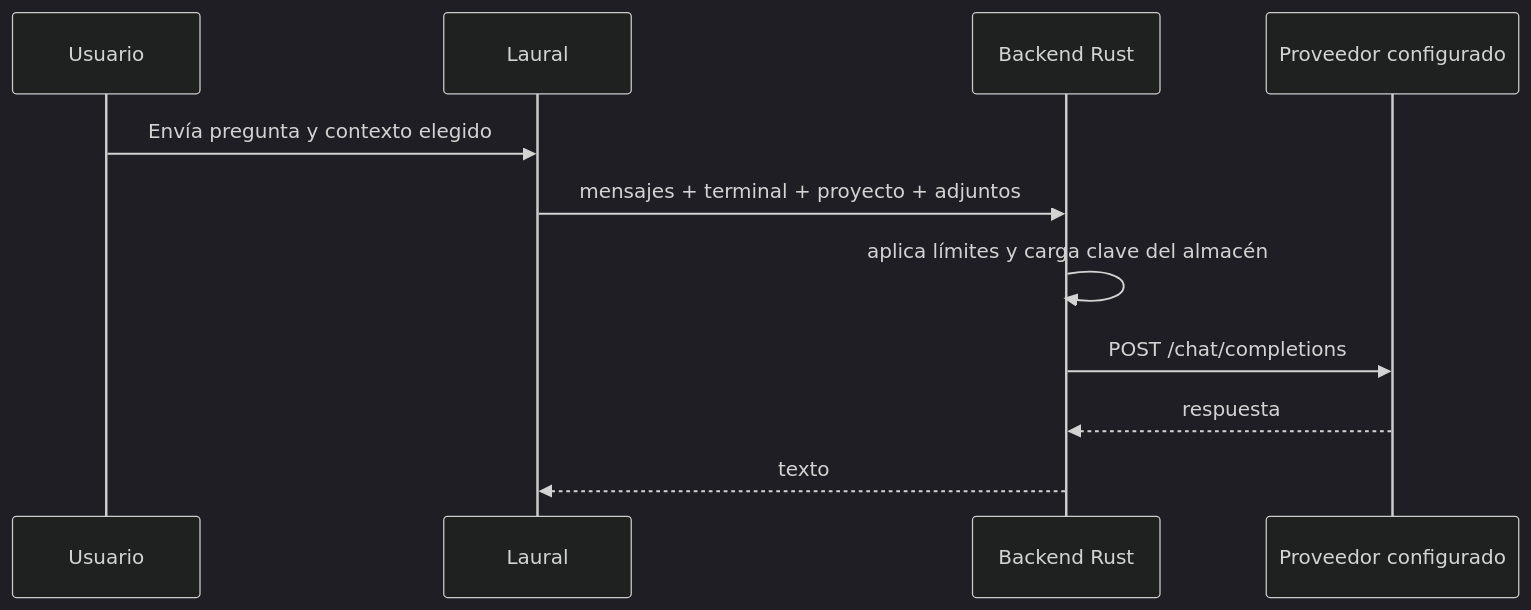
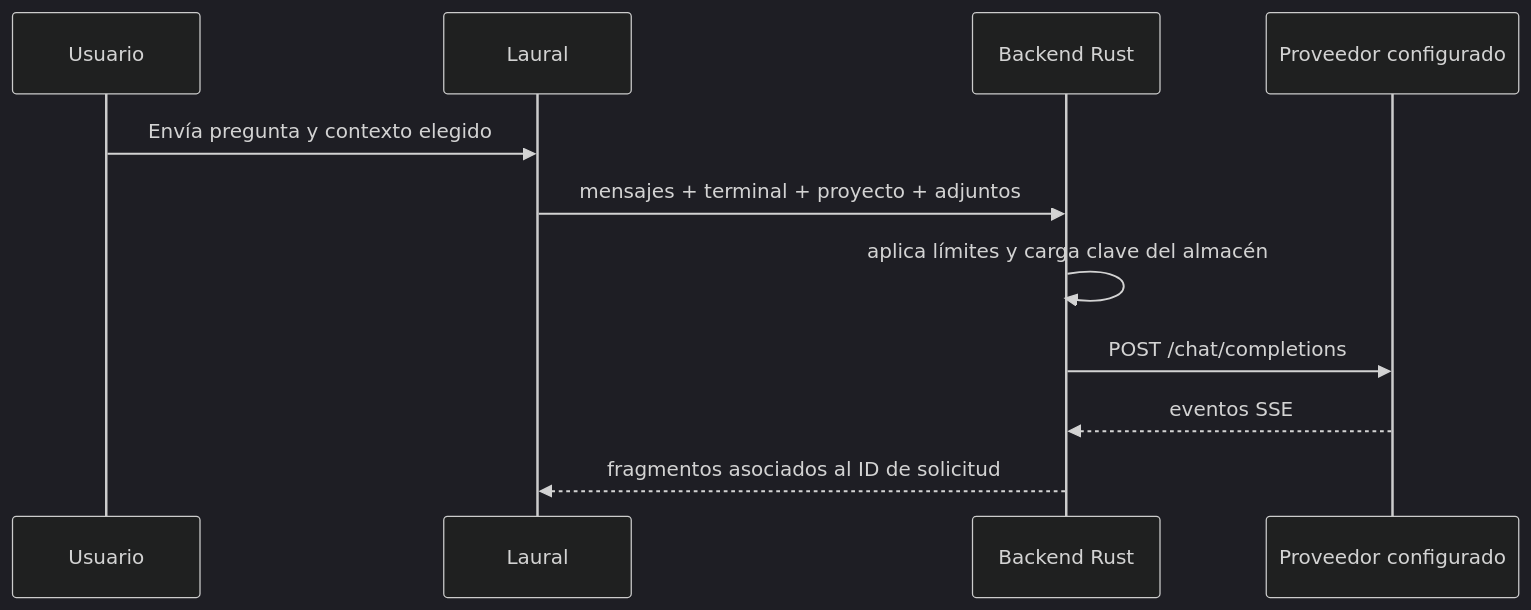
The third of 3 diagrams in docs/architecture/overview.md (elkangri23/laural), drawn with Mermaid (dark theme) before and after one commit. The commit also changed other lines of this file and 16 other files, not shown here.

````diff
--- a/docs/architecture/overview.md
+++ b/docs/architecture/overview.md
@@ -71,13 +71,13 @@
 ```mermaid
 sequenceDiagram
   participant U as Usuario
   participant UI as Laural
   participant R as Backend Rust
   participant P as Proveedor configurado
   U->>UI: Envía pregunta y contexto elegido
   UI->>R: mensajes + terminal + proyecto + adjuntos
   R->>R: aplica límites y carga clave del almacén
   R->>P: POST /chat/completions
-  P-->>R: respuesta
-  R-->>UI: texto
+  P-->>R: eventos SSE
+  R-->>UI: fragmentos asociados al ID de solicitud
 ```
````
